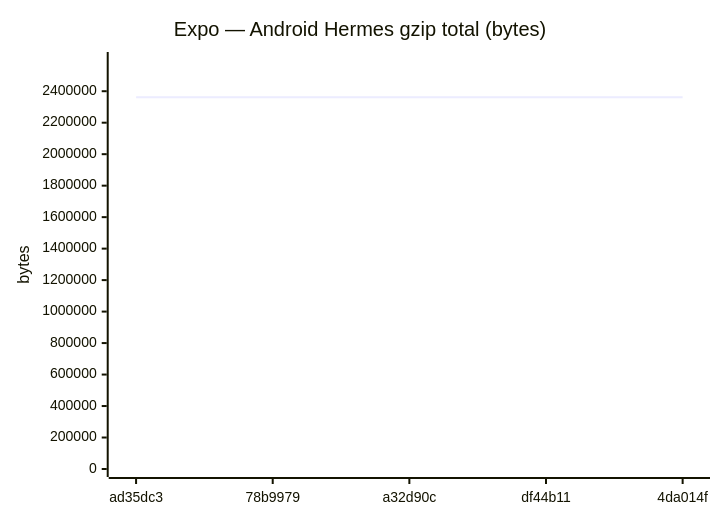
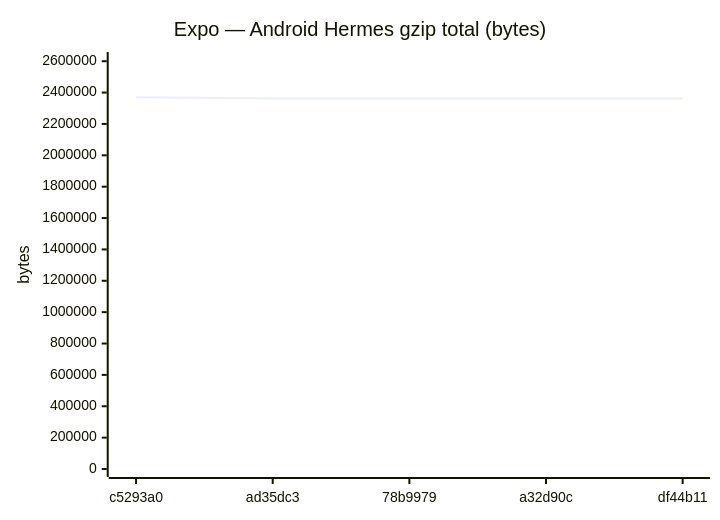
Before and after one commit to Metaheurist/Rianell: diagram 15 of 24 in benchmarks/compare.md, drawn with Mermaid. The commit also changed other lines of this file and 14 other files, not shown here.

````diff
--- a/benchmarks/compare.md
+++ b/benchmarks/compare.md
@@ -221,7 +221,7 @@
 ```mermaid
 xychart-beta
     title "Expo — Android Hermes gzip total (bytes)"
-    x-axis ["ad35dc3", "78b9979", "a32d90c", "df44b11", "4da014f"]
-    y-axis "bytes" 0 --> 2598293
-    line [2362082, 2362084, 2362047, 2362047, 2362048]
+    x-axis ["c5293a0", "ad35dc3", "78b9979", "a32d90c", "df44b11"]
+    y-axis "bytes" 0 --> 2607698
+    line [2370634, 2362082, 2362084, 2362047, 2362047]
 ```
````
